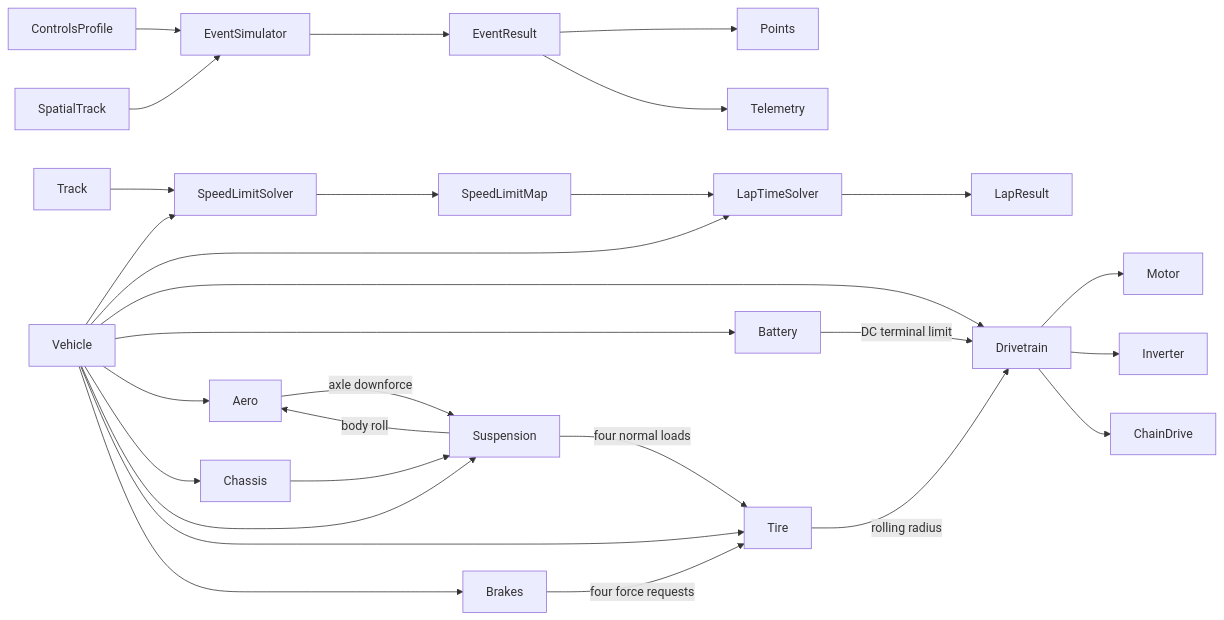
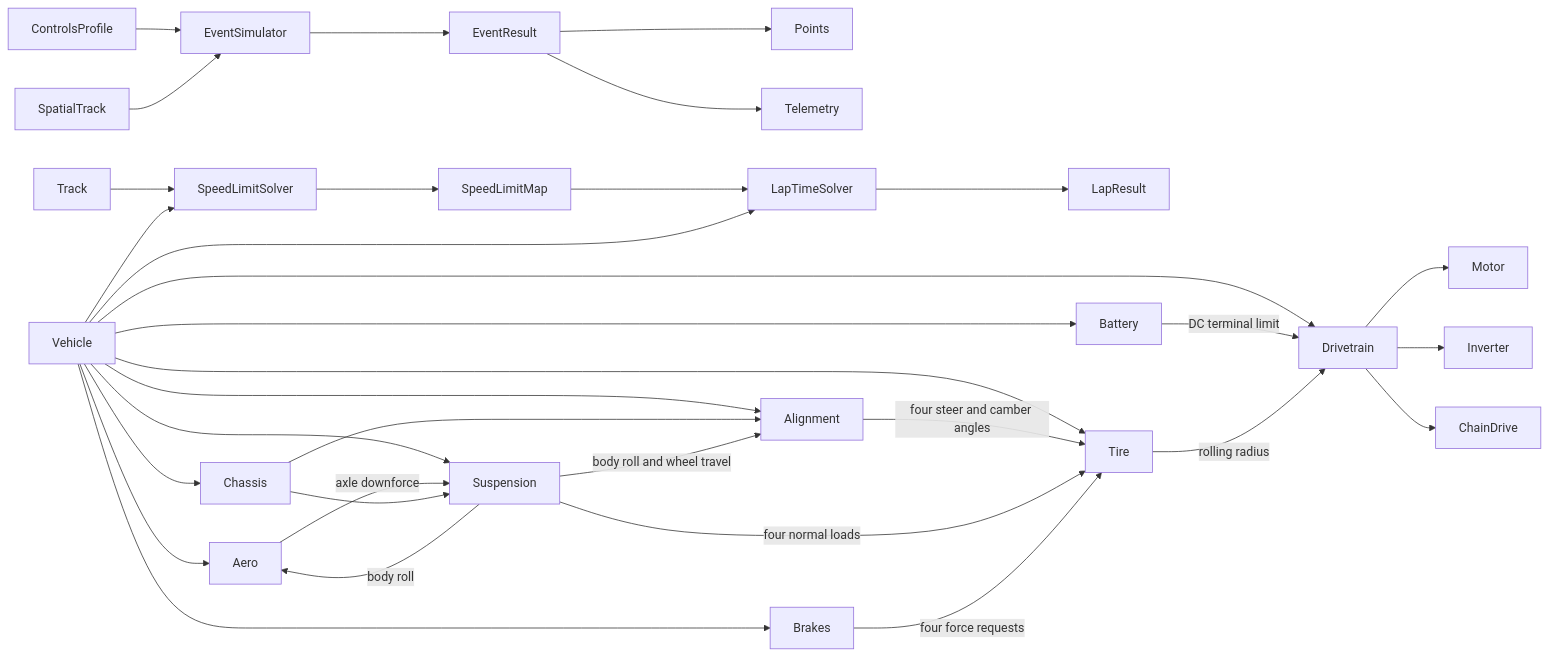
One commit to terps-racing-ev/lapsim changed the diagram in docs/architecture.md. Above: the diagram before and after it, drawn with Mermaid. The commit also changed other lines of this file and 142 other files, not shown here.

````diff
--- a/docs/architecture.md
+++ b/docs/architecture.md
@@ -20,28 +20,32 @@
 ```mermaid
 flowchart LR
     ControlsProfile --> EventSimulator
     SpatialTrack --> EventSimulator
     EventSimulator --> EventResult
     EventResult --> Points
     EventResult --> Telemetry
     Track --> SpeedLimitSolver --> SpeedLimitMap --> LapTimeSolver --> LapResult
     Vehicle --> SpeedLimitSolver
     Vehicle --> LapTimeSolver
     Vehicle --> Drivetrain
     Vehicle --> Battery
     Vehicle --> Aero
     Vehicle --> Chassis
     Vehicle --> Suspension
+    Vehicle --> Alignment
     Vehicle --> Tire
     Vehicle --> Brakes
     Battery -->|"DC terminal limit"| Drivetrain
     Drivetrain --> Motor
     Drivetrain --> Inverter
     Drivetrain --> ChainDrive
     Tire -->|"rolling radius"| Drivetrain
     Aero -->|"axle downforce"| Suspension
     Suspension -->|"body roll"| Aero
     Chassis --> Suspension
+    Chassis --> Alignment
+    Suspension -->|"body roll and wheel travel"| Alignment
+    Alignment -->|"four steer and camber angles"| Tire
     Suspension -->|"four normal loads"| Tire
     Brakes -->|"four force requests"| Tire
 ```
````
